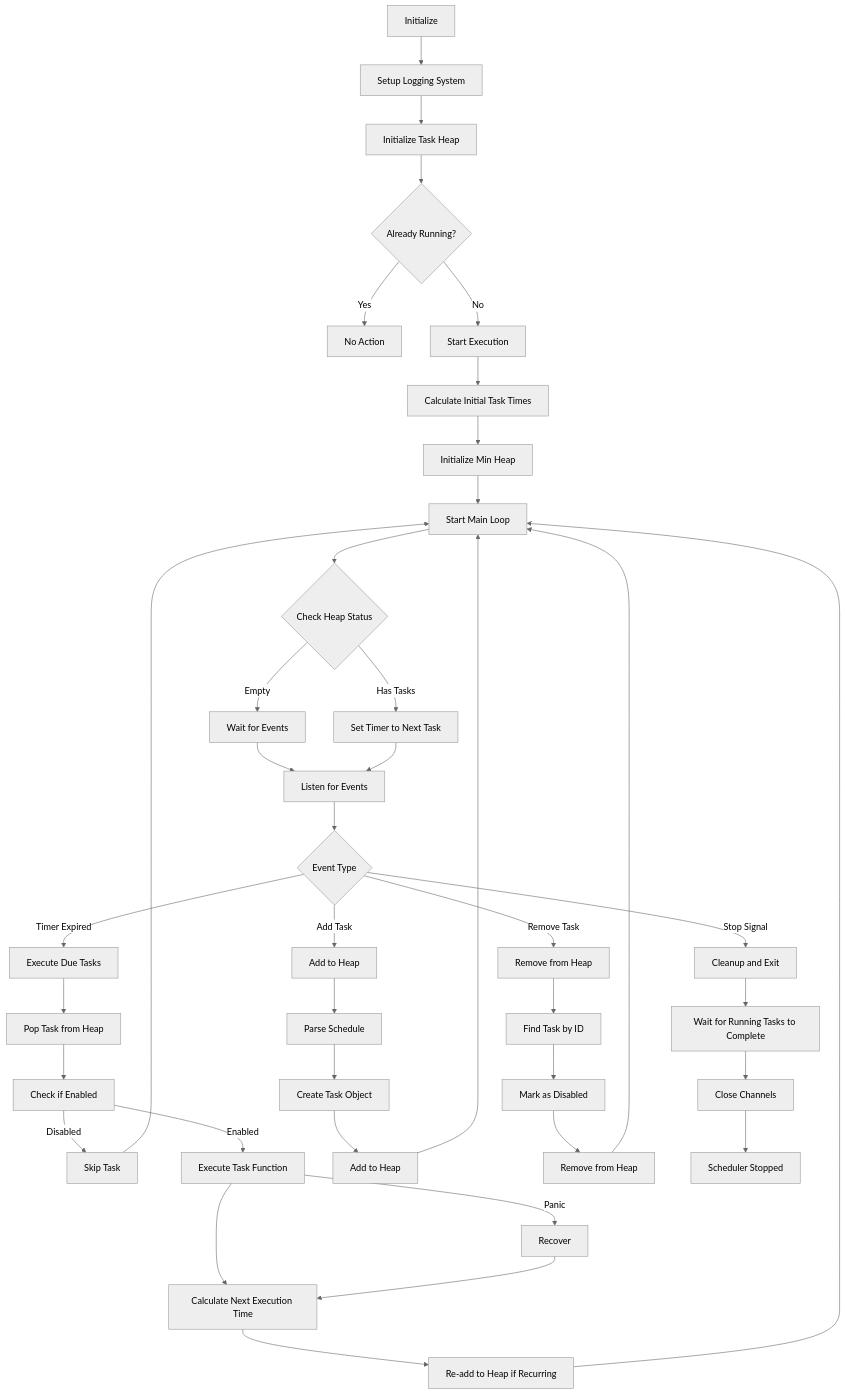
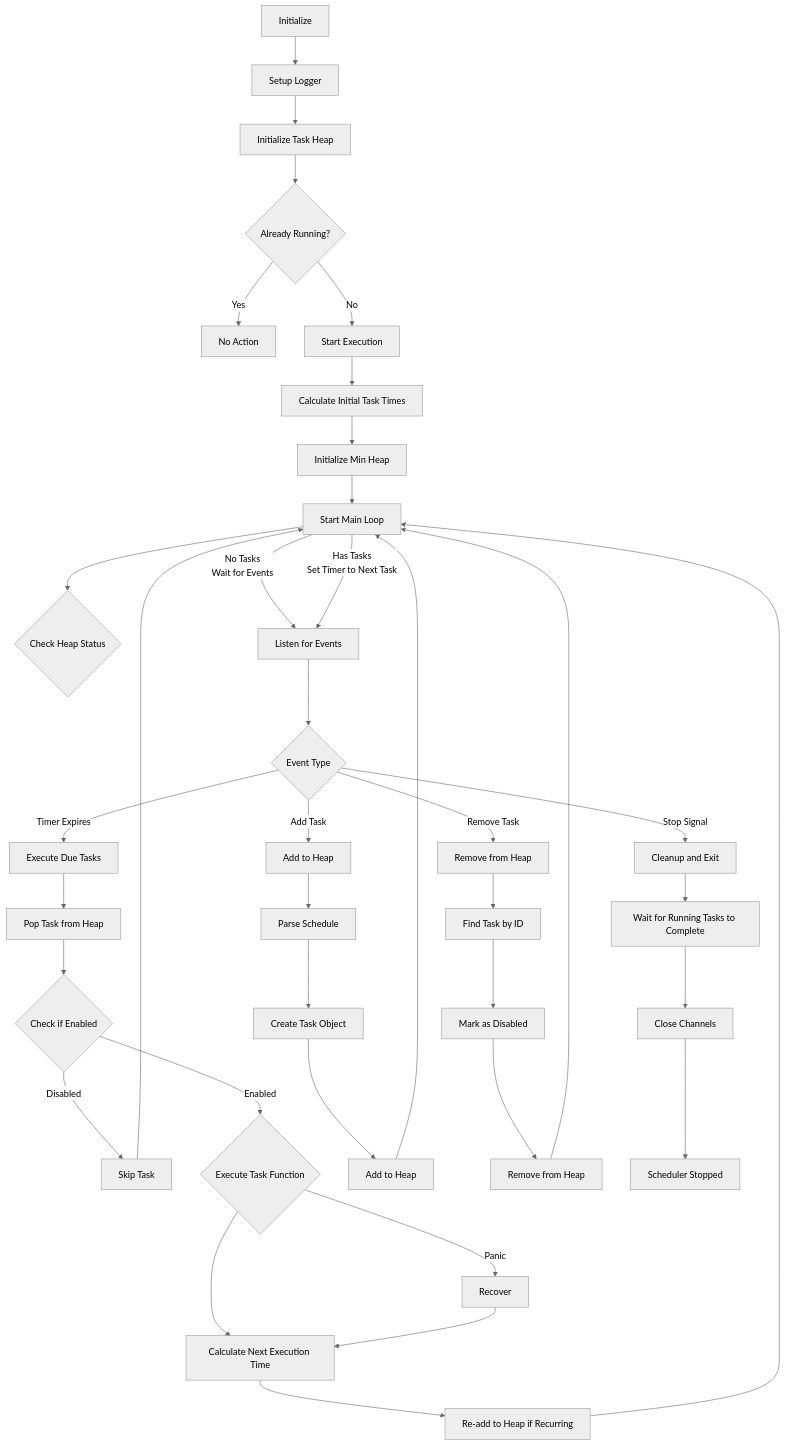
One commit to pardnchiu/go-scheduler changed the diagram in README.md. Above: the diagram before and after it, drawn with Mermaid (neutral theme). The commit also changed other lines of this file and 7 other files, not shown here.

````diff
--- a/README.md
+++ b/README.md
@@ -29,51 +29,48 @@
 ```mermaid
 flowchart TD
-  A[Initialize] --> C[Setup Logging System]
-  C --> D[Initialize Task Heap]
-  D --> H{Already Running?}
-  H -->|Yes| I[No Action]
-  H -->|No| J[Start Execution]
+  A[Initialize] --> B[Setup Logger]
+  B --> C[Initialize Task Heap]
+  C --> D{Already Running?}
+  D -->|Yes| D1[No Action]
+  D -->|No| D2[Start Execution]
   
-  J --> K[Calculate Initial Task Times]
-  K --> L[Initialize Min Heap]
-  L --> M[Start Main Loop]
+  D2 --> E[Calculate Initial Task Times]
+  E --> F[Initialize Min Heap]
+  F --> G[Start Main Loop]
   
-  M --> N{Check Heap Status}
-  N -->|Empty| O[Wait for Events]
-  N -->|Has Tasks| P[Set Timer to Next Task]
-  
-  O --> Q[Listen for Events]
-  P --> Q
+  G --> H{Check Heap Status}
+  G -->|No Tasks<br>Wait for Events| Q[Listen for Events]
+  G -->|Has Tasks<br>Set Timer to Next Task| Q
   
   Q --> R{Event Type}
-  R -->|Timer Expired| S[Execute Due Tasks]
-  R -->|Add Task| T[Add to Heap]
-  R -->|Remove Task| U[Remove from Heap]
-  R -->|Stop Signal| V[Cleanup and Exit]
+  R -->|Timer Expires| R1[Execute Due Tasks]
+  R -->|Add Task| R2[Add to Heap]
+  R -->|Remove Task| R3[Remove from Heap]
+  R -->|Stop Signal| R4[Cleanup and Exit]
   
-  S --> W[Pop Task from Heap]
-  W --> X[Check if Enabled]
-  X -->|Disabled| Y[Skip Task]
-  X -->|Enabled| BB[Execute Task Function]
-  BB --> DD[Calculate Next Execution Time]
-  BB -->|Panic| CC[Recover]
-  CC --> DD[Calculate Next Execution Time]
-  DD --> EE[Re-add to Heap if Recurring]
+  R1 --> S[Pop Task from Heap]
+  S --> T{Check if Enabled}
+  T -->|Disabled| T0[Skip Task]
+  T0 --> G
+  T -->|Enabled| T1{Execute Task Function}
+  T1 --> T11[Calculate Next Execution Time]
+  T1 -->|Panic| T10[Recover]
+  T10 --> T11[Calculate Next Execution Time]
+  T11 --> U[Re-add to Heap if Recurring]
   
-  T --> FF[Parse Schedule]
-  FF --> GG[Create Task Object]
-  GG --> HH[Add to Heap]
+  R2 --> V[Parse Schedule]
+  V --> W[Create Task Object]
+  W --> X[Add to Heap]
   
-  U --> II[Find Task by ID]
-  II --> JJ[Mark as Disabled]
-  JJ --> KK[Remove from Heap]
+  R3 --> Y[Find Task by ID]
+  Y --> Z[Mark as Disabled]
+  Z --> AA[Remove from Heap]
   
-  Y --> M
-  EE --> M
-  HH --> M
-  KK --> M
+  U --> G
+  X --> G
+  AA --> G
   
-  V --> LL[Wait for Running Tasks to Complete]
-  LL --> MM[Close Channels]
-  MM --> NN[Scheduler Stopped]
+  R4 --> BB[Wait for Running Tasks to Complete]
+  BB --> CC[Close Channels]
+  CC --> DD[Scheduler Stopped]
 ```
````
